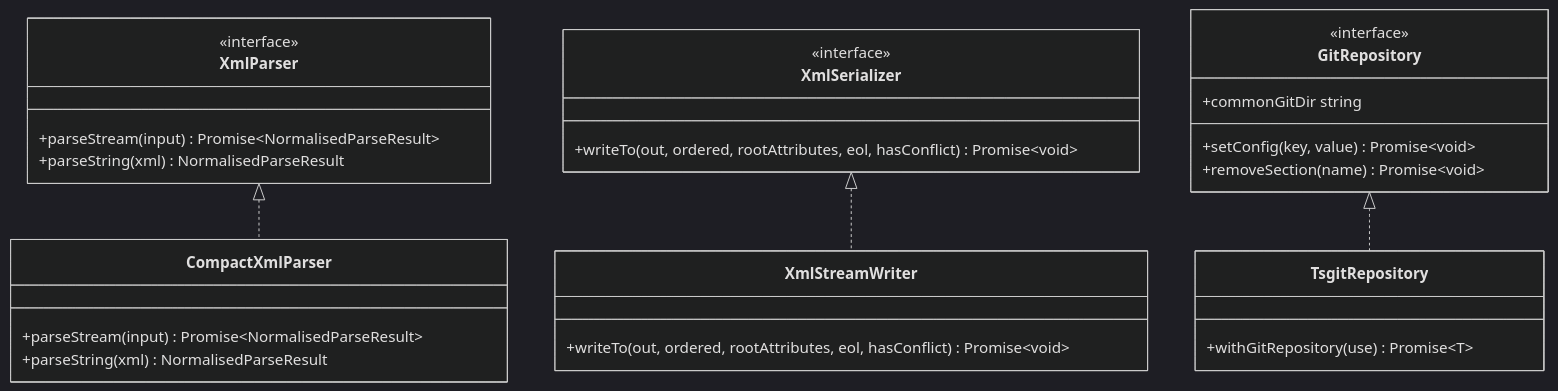
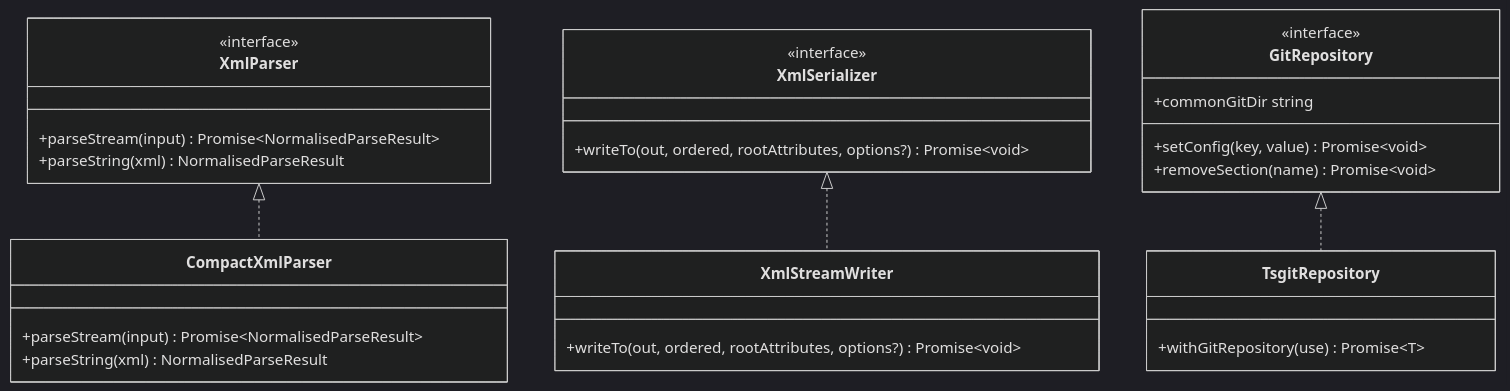
Before and after one commit to scolladon/sf-git-merge-driver: the fourth of 7 diagrams in DESIGN.md, drawn with Mermaid (dark theme). The commit also changed other lines of this file and 2 other files, not shown here.

````diff
--- a/DESIGN.md
+++ b/DESIGN.md
@@ -169,38 +210,38 @@
 ```mermaid
 classDiagram
     class XmlParser {
         <<interface>>
         +parseStream(input) Promise~NormalisedParseResult~
         +parseString(xml) NormalisedParseResult
     }
 
     class XmlSerializer {
         <<interface>>
-        +writeTo(out, ordered, rootAttributes, eol, hasConflict) Promise~void~
+        +writeTo(out, ordered, rootAttributes, options?) Promise~void~
     }
 
     class CompactXmlParser {
         +parseStream(input) Promise~NormalisedParseResult~
         +parseString(xml) NormalisedParseResult
     }
 
     class XmlStreamWriter {
-        +writeTo(out, ordered, rootAttributes, eol, hasConflict) Promise~void~
+        +writeTo(out, ordered, rootAttributes, options?) Promise~void~
     }
 
     XmlParser <|.. CompactXmlParser
     XmlSerializer <|.. XmlStreamWriter
 
     class GitRepository {
         <<interface>>
         +commonGitDir string
         +setConfig(key, value) Promise~void~
         +removeSection(name) Promise~void~
     }
 
     class TsgitRepository {
         +withGitRepository(use) Promise~T~
     }
 
     GitRepository <|.. TsgitRepository
 ```
````
